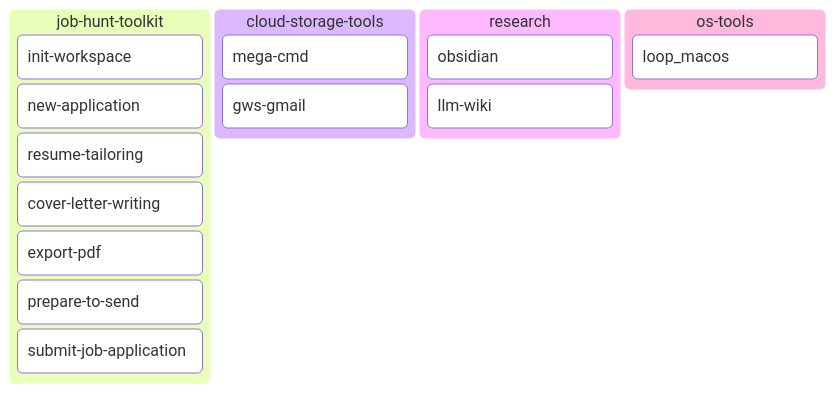
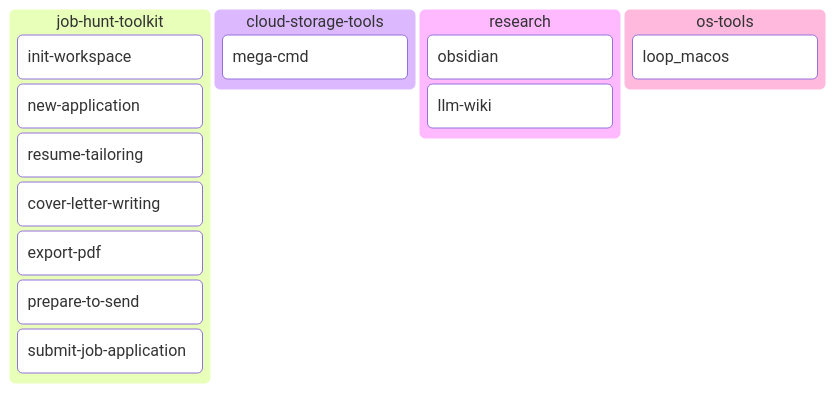
Before and after one commit to Alex-Kopylov/zweihander: the first of 4 diagrams in README.md, drawn with Mermaid. The commit also changed other lines of this file and 3 other files, not shown here.

First line of the commit message:
Revert "Merge pull request #32 from Alex-Kopylov/feat/gws-gmail-skill"

````diff
--- a/README.md
+++ b/README.md
@@ -31,19 +31,18 @@
 ```mermaid
 kanban
   job_hunt_toolkit[job-hunt-toolkit]
     jht_init_workspace[init-workspace]
     jht_new_application[new-application]
     jht_resume_tailoring[resume-tailoring]
     jht_cover_letter_writing[cover-letter-writing]
     jht_export_pdf[export-pdf]
     jht_prepare_to_send[prepare-to-send]
     jht_submit_job_application[submit-job-application]
   cloud_storage_tools[cloud-storage-tools]
     cst_mega_cmd[mega-cmd]
-    cst_gws_gmail[gws-gmail]
   research[research]
     research_obsidian[obsidian]
     research_llm_wiki[llm-wiki]
   os_tools[os-tools]
     os_loop_macos[loop_macos]
 ```
````
